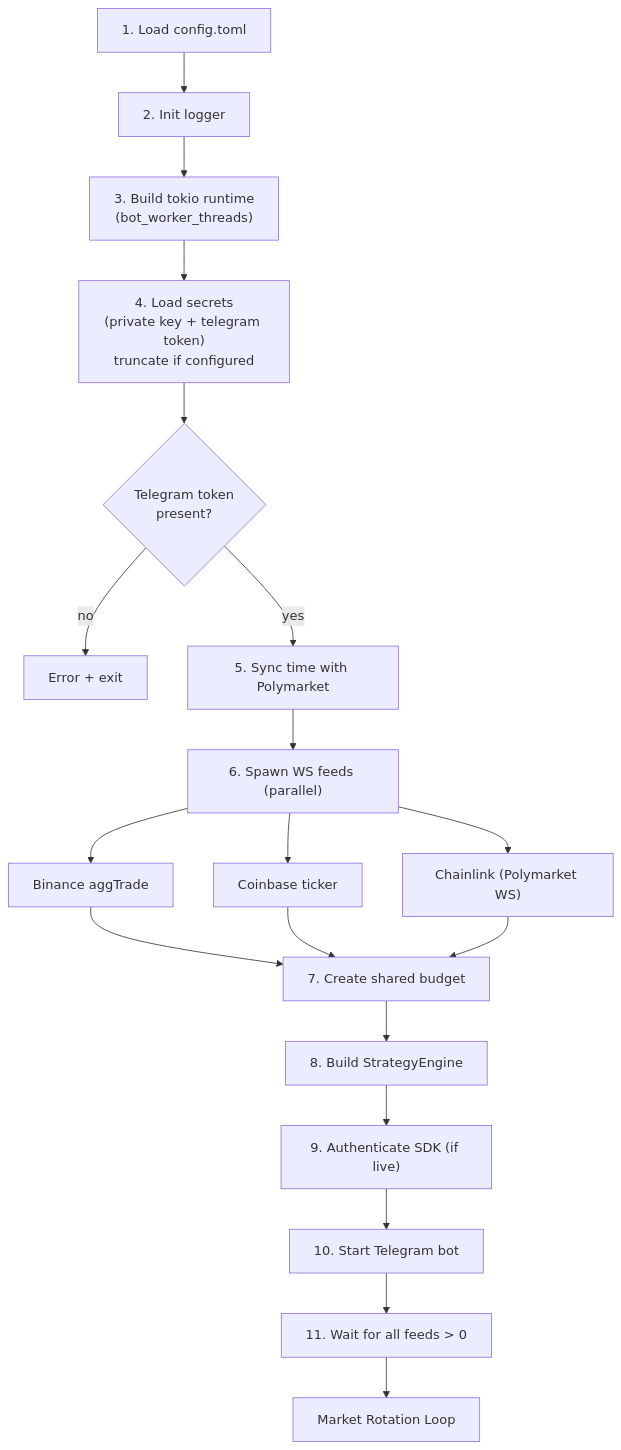
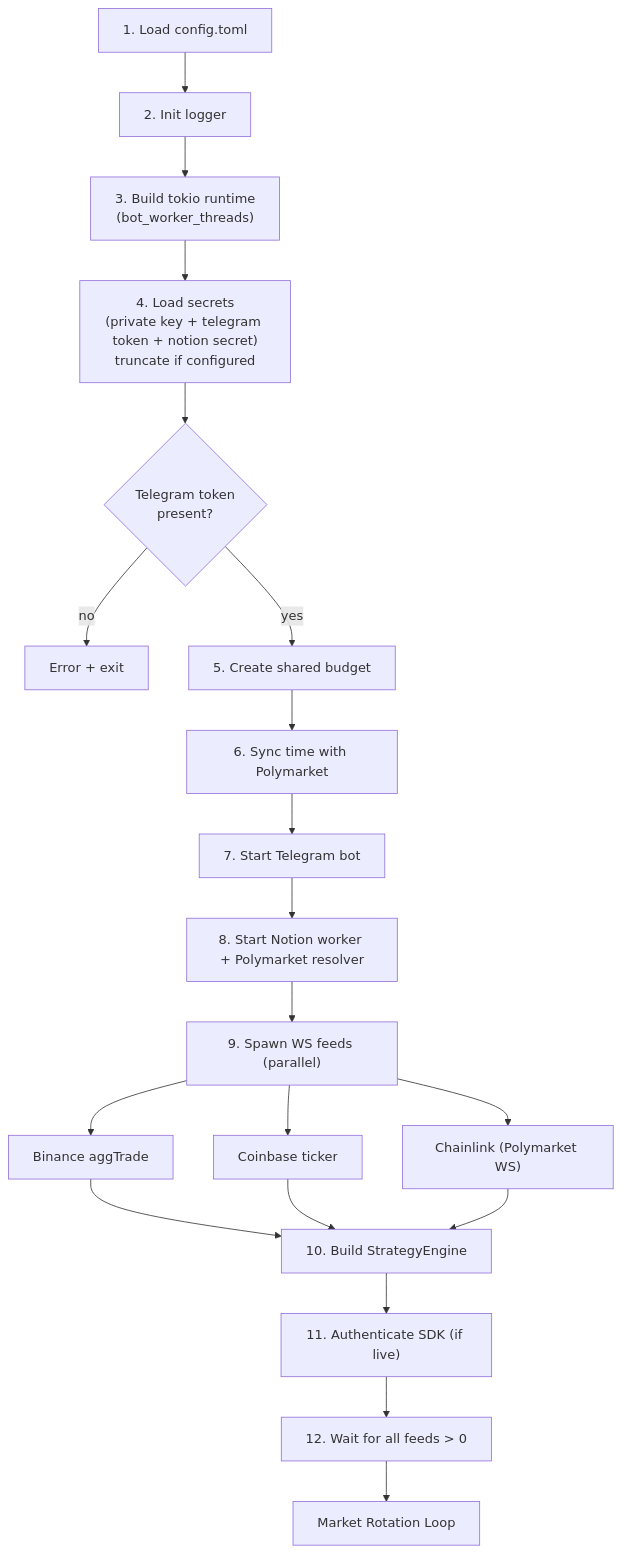
Before and after one commit to bbono/serekes: the first of 3 diagrams in docs/WORKFLOW.md, drawn with Mermaid. The commit also changed other lines of this file and 13 other files, not shown here.

````diff
--- a/docs/WORKFLOW.md
+++ b/docs/WORKFLOW.md
@@ -23,19 +24,20 @@
 ```mermaid
 flowchart TD
     A["1. Load config.toml"] --> B["2. Init logger"]
     B --> C["3. Build tokio runtime<br/>(bot_worker_threads)"]
-    C --> D["4. Load secrets<br/>(private key + telegram token)<br/>truncate if configured"]
+    C --> D["4. Load secrets<br/>(private key + telegram token + notion secret)<br/>truncate if configured"]
     D --> D2{"Telegram token<br/>present?"}
     D2 -->|no| EXIT["Error + exit"]
-    D2 -->|yes| E["5. Sync time with Polymarket"]
-    E --> F["6. Spawn WS feeds (parallel)"]
-    F --> F1["Binance aggTrade"]
-    F --> F2["Coinbase ticker"]
-    F --> F3["Chainlink (Polymarket WS)"]
-    F1 & F2 & F3 --> G["7. Create shared budget"]
-    G --> H["8. Build StrategyEngine"]
-    H --> I["9. Authenticate SDK (if live)"]
-    I --> I2["10. Start Telegram bot"]
-    I2 --> J["11. Wait for all feeds > 0"]
+    D2 -->|yes| E["5. Create shared budget"]
+    E --> E2["6. Sync time with Polymarket"]
+    E2 --> F["7. Start Telegram bot"]
+    F --> F2["8. Start Notion worker + Polymarket resolver"]
+    F2 --> G["9. Spawn WS feeds (parallel)"]
+    G --> G1["Binance aggTrade"]
+    G --> G2["Coinbase ticker"]
+    G --> G3["Chainlink (Polymarket WS)"]
+    G1 & G2 & G3 --> H["10. Build StrategyEngine"]
+    H --> I["11. Authenticate SDK (if live)"]
+    I --> J["12. Wait for all feeds > 0"]
     J --> K["Market Rotation Loop"]
 ```
````
